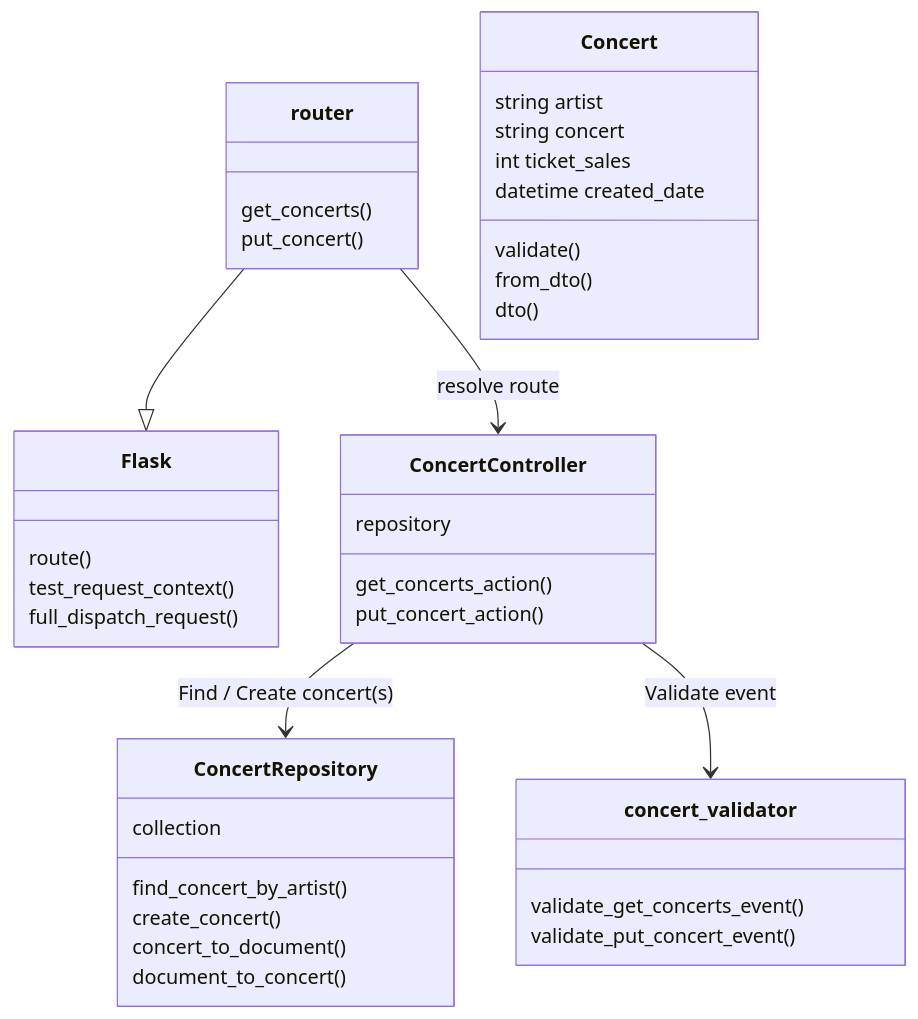
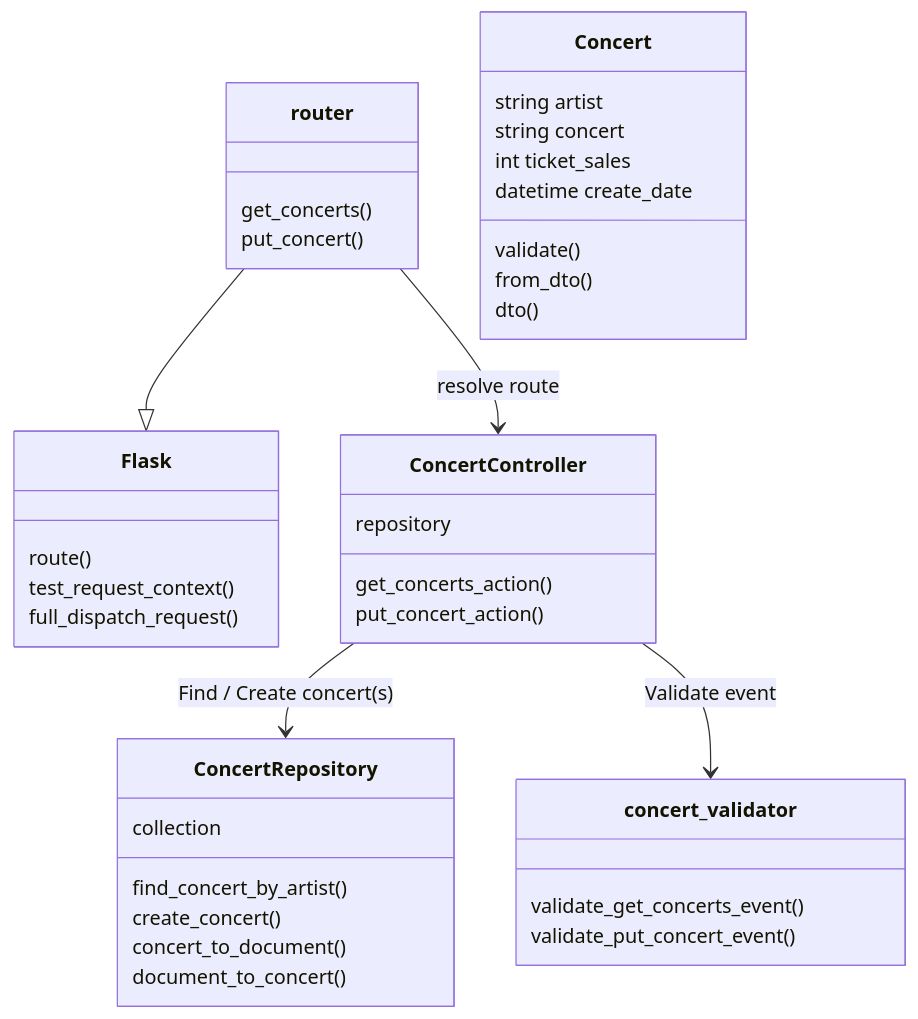
Before and after one commit to moonline/Lab.GCP.API-Gateway: the third of 4 diagrams in README.md, drawn with Mermaid. The commit also changed other lines of this file and 4 other files, not shown here.

````diff
--- a/README.md
+++ b/README.md
@@ -91,46 +101,46 @@
 ```mermaid
 classDiagram
 
 class Flask {
    route()
    test_request_context()
    full_dispatch_request()
 }
 
 router --|> Flask
 router: get_concerts()
 router: put_concert()
 router --> ConcertController: resolve route
 
 class ConcertController {
    repository
 
    get_concerts_action()
    put_concert_action()
 }
 ConcertController --> ConcertRepository: Find / Create concert(s)
 ConcertController --> concert_validator: Validate event
 
 concert_validator: validate_get_concerts_event()
 concert_validator: validate_put_concert_event()
 
 class Concert {
    string artist
    string concert
    int ticket_sales
-   datetime created_date
+   datetime create_date
 
    validate()
    from_dto()
    dto()
 }
 
 class ConcertRepository {
    collection
 
    find_concert_by_artist()
    create_concert()
    concert_to_document()
    document_to_concert()
 }
 ```
````
